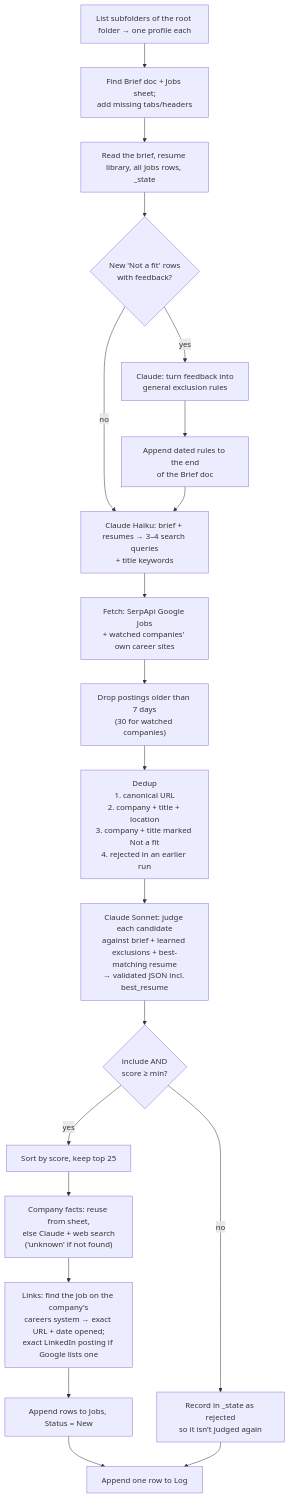
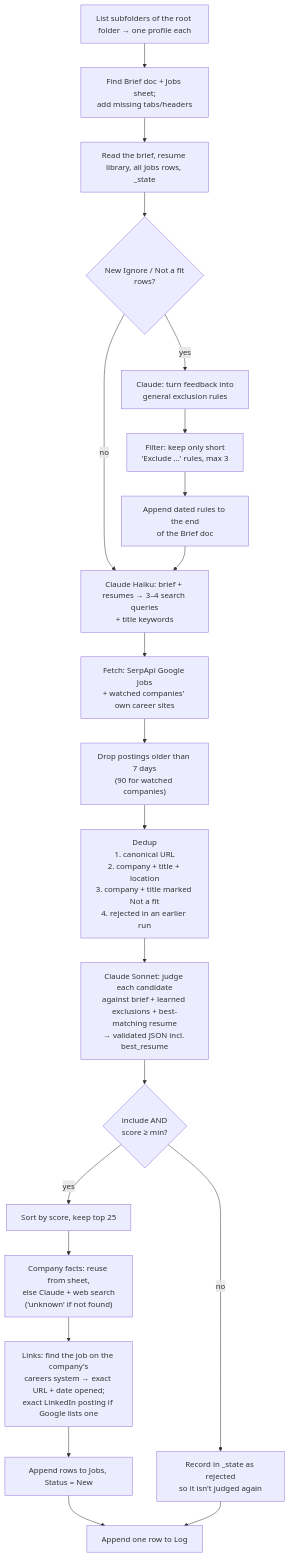
One commit to juliavasan/job-scout changed the second of 6 diagrams in docs/ARCHITECTURE.md. Above: the diagram before and after it, drawn with Mermaid. The commit also changed other lines of this file and 14 other files, not shown here.

````diff
--- a/docs/ARCHITECTURE.md
+++ b/docs/ARCHITECTURE.md
@@ -66,22 +66,22 @@
 ```mermaid
 flowchart TD
     A["List subfolders of the root folder → one profile each"] --> A2["Find Brief doc + Jobs sheet;<br/>add missing tabs/headers"]
     A2 --> B["Read the brief, resume library, all Jobs rows, _state"]
-    B --> C{"New 'Not a fit' rows<br/>with feedback?"}
+    B --> C{"New Ignore / Not a fit<br/>rows?"}
     C -- yes --> D["Claude: turn feedback into<br/>general exclusion rules"]
-    D --> E["Append dated rules to the end<br/>of the Brief doc"]
+    D --> D2["Filter: keep only short<br/>'Exclude …' rules, max 3"] --> E["Append dated rules to the end<br/>of the Brief doc"]
     C -- no --> F
     E --> F["Claude Haiku: brief + resumes → 3–4 search queries<br/>+ title keywords"]
     F --> G["Fetch: SerpApi Google Jobs<br/>+ watched companies' own career sites"]
-    G --> H["Drop postings older than 7 days<br/>(30 for watched companies)"]
+    G --> H["Drop postings older than 7 days<br/>(90 for watched companies)"]
     H --> I["Dedup<br/>1. canonical URL<br/>2. company + title + location<br/>3. company + title marked Not a fit<br/>4. rejected in an earlier run"]
     I --> J["Claude Sonnet: judge each candidate<br/>against brief + learned exclusions + best-matching resume<br/>→ validated JSON incl. best_resume"]
     J --> K{"include AND<br/>score ≥ min?"}
     K -- no --> L["Record in _state as rejected<br/>so it isn't judged again"]
     K -- yes --> M["Sort by score, keep top 25"]
     M --> N["Company facts: reuse from sheet,<br/>else Claude + web search<br/>('unknown' if not found)"]
     N --> N2["Links: find the job on the company's<br/>careers system → exact URL + date opened;<br/>exact LinkedIn posting if Google lists one"]
     N2 --> O["Append rows to Jobs, Status = New"]
     O --> P["Append one row to Log"]
     L --> P
 ```
````
